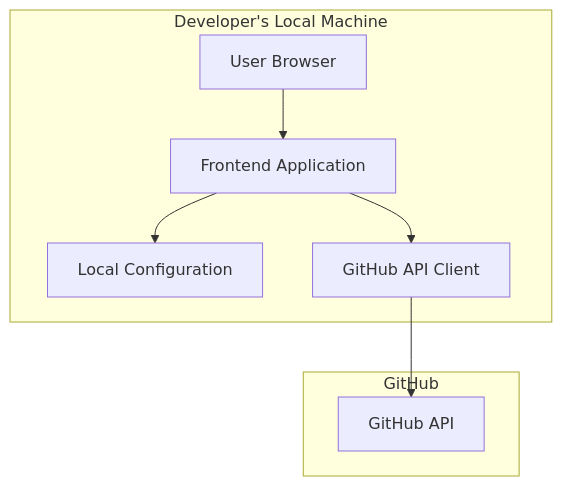
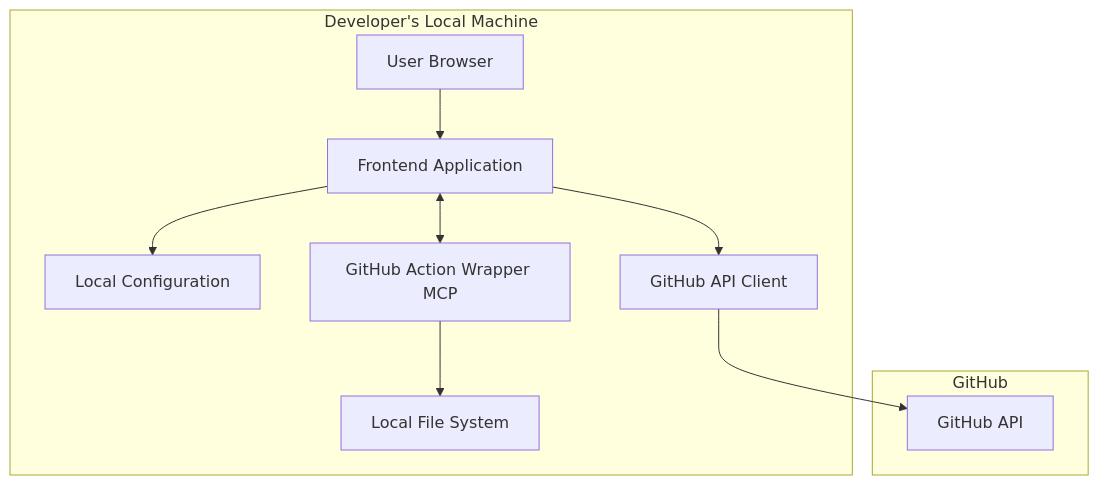
Before and after one commit to wodor/ddsp: the first of 3 diagrams in .kiro/specs/developer-self-service-portal/design.md, drawn with Mermaid. The commit also changed other lines of this file and 17 other files, not shown here.

````diff
--- a/.kiro/specs/developer-self-service-portal/design.md
+++ b/.kiro/specs/developer-self-service-portal/design.md
@@ -13,18 +15,22 @@
 ```mermaid
 graph TD
     A[User Browser] --> B[Frontend Application]
     B --> C[Local Configuration]
     B --> D[GitHub API Client]
     D --> E[GitHub API]
+    B <--> F[GitHub Action Wrapper MCP]
+    F --> G[Local File System]
     
     subgraph "Developer's Local Machine"
     A
     B
     C
     D
+    F
+    G
     end
     
     subgraph "GitHub"
     E
     end
 ```
````
